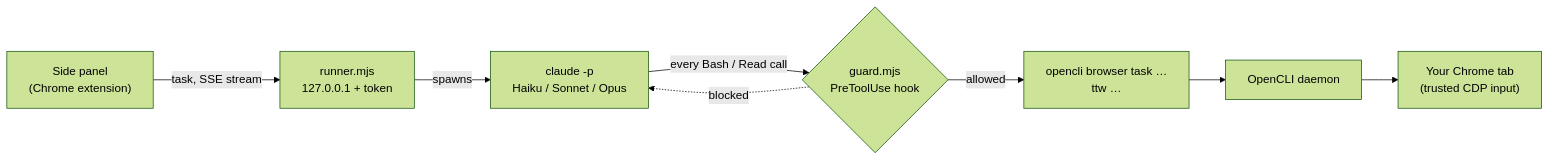
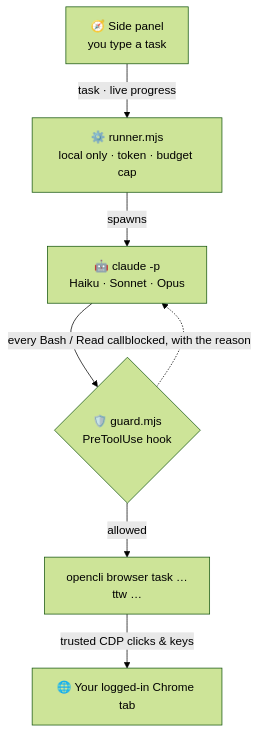
Before and after one commit to vladbondarenko97/take-the-wheel: the diagram in README.md, drawn with Mermaid (forest theme). The commit also changed other lines of this file, not shown here.

Commit message:
README: readable diagram and highlights list

````diff
--- a/README.md
+++ b/README.md
@@ -33,9 +31,9 @@
 ```mermaid
-flowchart LR
-  P["Side panel<br/>(Chrome extension)"] -- "task, SSE stream" --> R["runner.mjs<br/>127.0.0.1 + token"]
-  R -- spawns --> C["claude -p<br/>Haiku / Sonnet / Opus"]
-  C -- "every Bash / Read call" --> G{"guard.mjs<br/>PreToolUse hook"}
-  G -- "allowed" --> O["opencli browser task …<br/>ttw …"]
-  G -. "blocked" .-> C
-  O --> D["OpenCLI daemon"] --> X["Your Chrome tab<br/>(trusted CDP input)"]
+flowchart TB
+  P["🧭 Side panel<br/>you type a task"] -->|"task · live progress"| R["⚙️ runner.mjs<br/>local only · token · budget cap"]
+  R -->|spawns| C["🤖 claude -p<br/>Haiku · Sonnet · Opus"]
+  C -->|"every Bash / Read call"| G{"🛡️ guard.mjs<br/>PreToolUse hook"}
+  G -->|allowed| O["opencli browser task …<br/>ttw …"]
+  G -.->|blocked, with the reason| C
+  O -->|"trusted CDP clicks & keys"| X["🌐 Your logged-in Chrome tab"]
 ```
````
